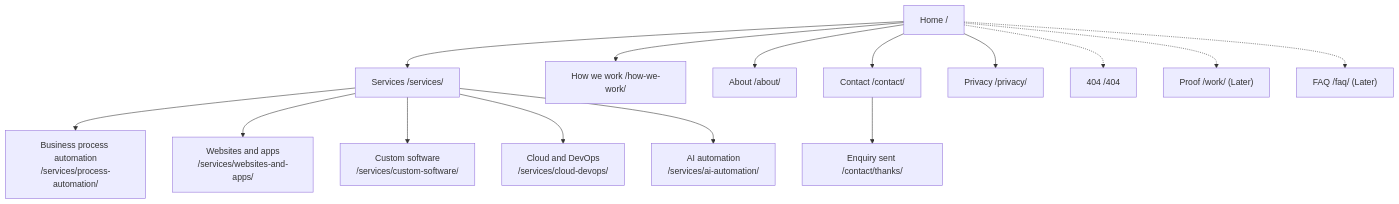
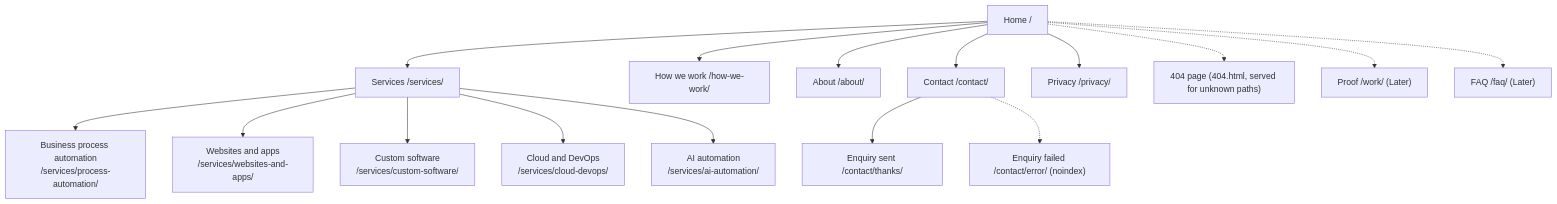
The diagram in docs/design/sitemap.md (clockvane/website), drawn with Mermaid before and after one commit. The commit also changed other lines of this file and 1 other file, not shown here.

````diff
--- a/docs/design/sitemap.md
+++ b/docs/design/sitemap.md
@@ -13,32 +13,34 @@
 ```mermaid
 flowchart TD
   H["Home /"]
   S["Services /services/"]
   S1["Business process automation<br/>/services/process-automation/"]
   S2["Websites and apps<br/>/services/websites-and-apps/"]
   S3["Custom software<br/>/services/custom-software/"]
   S4["Cloud and DevOps<br/>/services/cloud-devops/"]
   S5["AI automation<br/>/services/ai-automation/"]
   W["How we work /how-we-work/"]
   A["About /about/"]
   C["Contact /contact/"]
   C2["Enquiry sent /contact/thanks/"]
   P["Privacy /privacy/"]
-  N["404 /404"]
+  N["404 page (404.html, served for unknown paths)"]
+  C3["Enquiry failed /contact/error/ (noindex)"]
   PR["Proof /work/ (Later)"]
   F["FAQ /faq/ (Later)"]
   H --> S
   H --> W
   H --> A
   H --> C
   S --> S1
   S --> S2
   S --> S3
   S --> S4
   S --> S5
   C --> C2
+  C -.-> C3
   H --> P
   H -.-> PR
   H -.-> F
   H -.-> N
 ```
````
